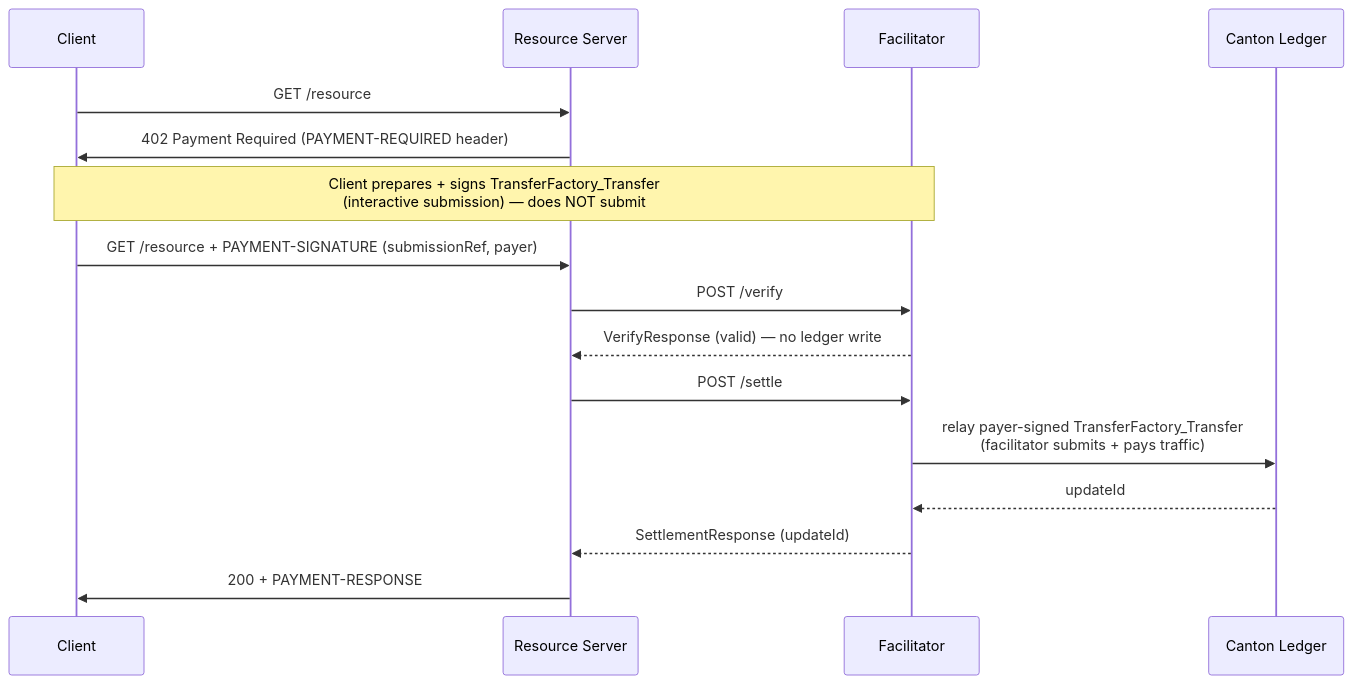
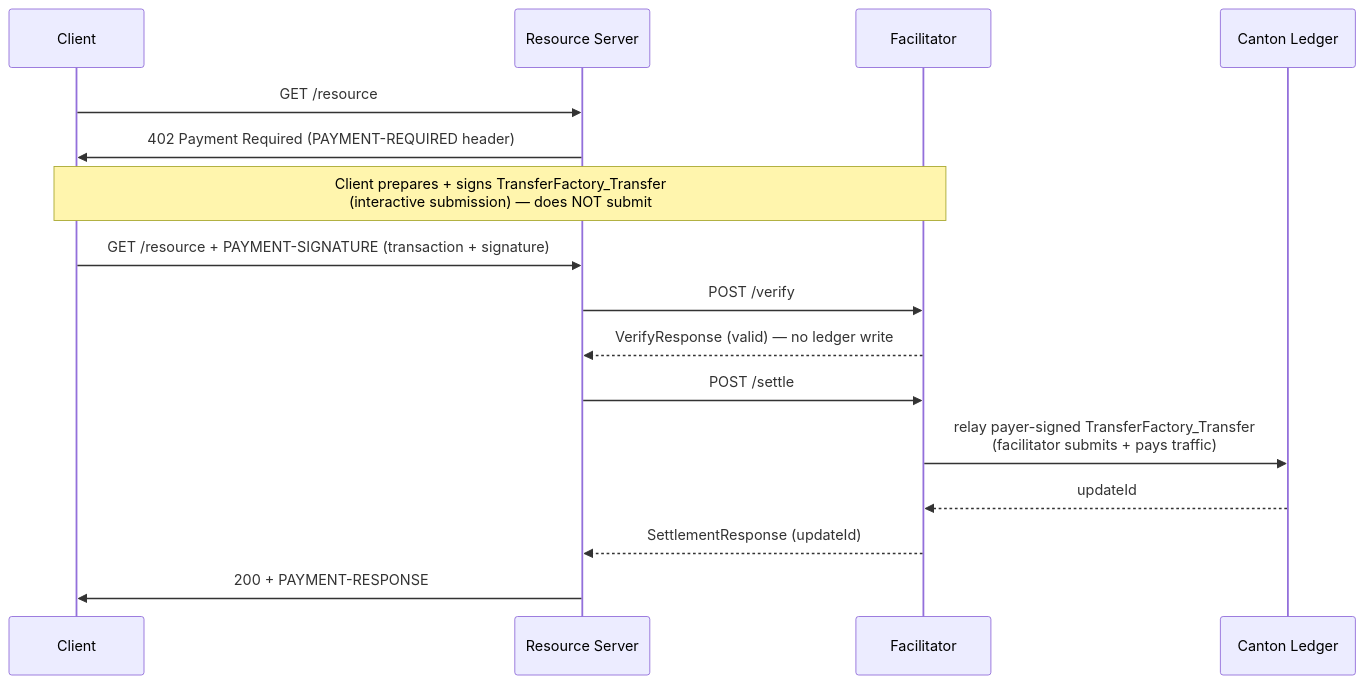
Before and after one commit to Denend/x402: the diagram in specs/schemes/exact/scheme_exact_canton.md, drawn with Mermaid. The commit also changed other lines of this file, not shown here.

First line of the commit message:
Refactor payment submission and error handling

````diff
--- a/specs/schemes/exact/scheme_exact_canton.md
+++ b/specs/schemes/exact/scheme_exact_canton.md
@@ -38,19 +38,19 @@
 ```mermaid
 sequenceDiagram
     participant C as Client
     participant R as Resource Server
     participant F as Facilitator
     participant L as Canton Ledger
 
     C->>R: GET /resource
     R->>C: 402 Payment Required (PAYMENT-REQUIRED header)
     note over C,F: Client prepares + signs TransferFactory_Transfer<br/>(interactive submission) — does NOT submit
-    C->>R: GET /resource + PAYMENT-SIGNATURE (submissionRef, payer)
+    C->>R: GET /resource + PAYMENT-SIGNATURE (transaction + signature)
     R->>F: POST /verify
     F-->>R: VerifyResponse (valid) — no ledger write
     R->>F: POST /settle
     F->>L: relay payer-signed TransferFactory_Transfer<br/>(facilitator submits + pays traffic)
     L-->>F: updateId
     F-->>R: SettlementResponse (updateId)
     R->>C: 200 + PAYMENT-RESPONSE
 ```
````
